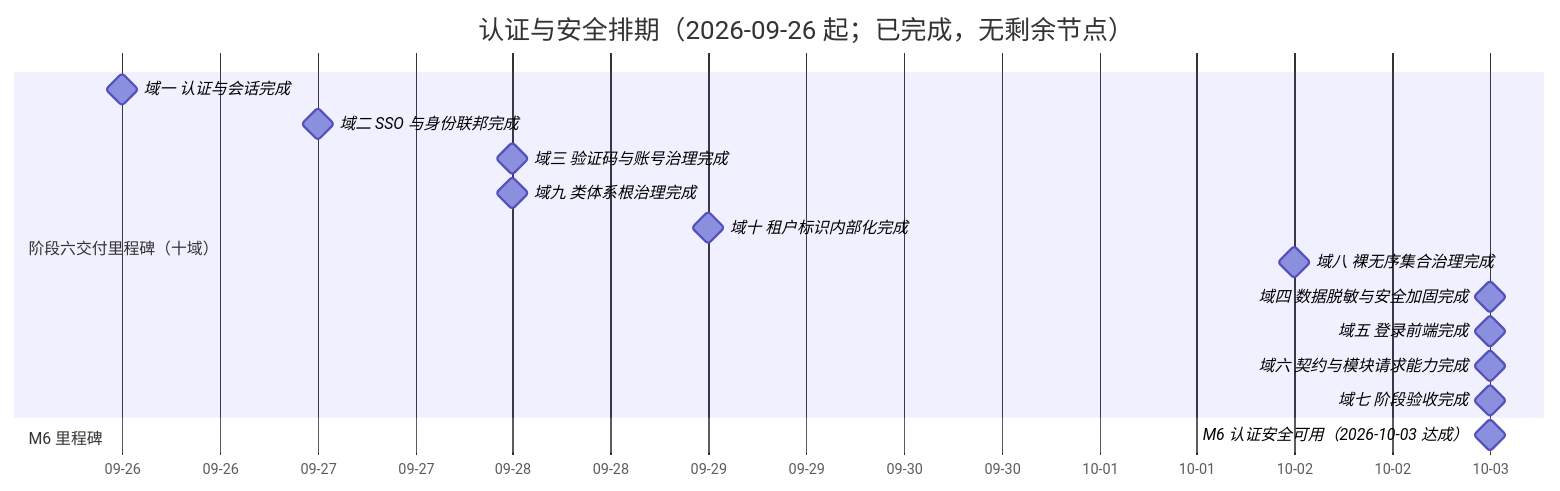
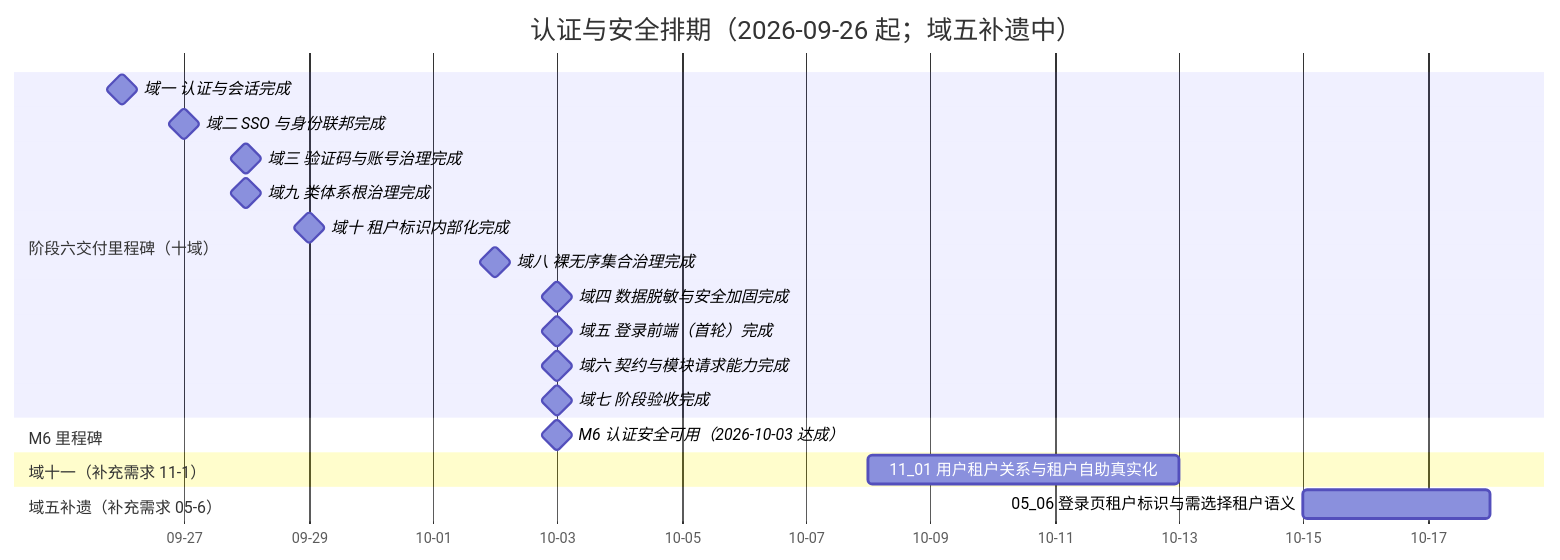
One commit to minjian123/basic-management-system changed the diagram in bms文档/项目/06_认证与安全/计划/01_计划_认证与安全.md. Above: the diagram before and after it, drawn with Mermaid. The commit also changed other lines of this file and 23 other files, not shown here.

````diff
--- a/bms文档/项目/06_认证与安全/计划/01_计划_认证与安全.md
+++ b/bms文档/项目/06_认证与安全/计划/01_计划_认证与安全.md
@@ -78,19 +82,23 @@
 ```mermaid
 gantt
-    title 认证与安全排期（2026-09-26 起；已完成，无剩余节点）
+    title 认证与安全排期（2026-09-26 起；域五补遗中）
     dateFormat  YYYY-MM-DD
     axisFormat %m-%d
     section 阶段六交付里程碑（十域）
     域一 认证与会话完成 :milestone, m01, 2026-09-26, 0d
     域二 SSO 与身份联邦完成 :milestone, m02, 2026-09-27, 0d
     域三 验证码与账号治理完成 :milestone, m03, 2026-09-28, 0d
     域九 类体系根治理完成 :milestone, m09, 2026-09-28, 0d
     域十 租户标识内部化完成 :milestone, m10, 2026-09-29, 0d
     域八 裸无序集合治理完成 :milestone, m08, 2026-10-02, 0d
     域四 数据脱敏与安全加固完成 :milestone, m04, 2026-10-03, 0d
-    域五 登录前端完成 :milestone, m05, 2026-10-03, 0d
+    域五 登录前端（首轮）完成 :milestone, m05, 2026-10-03, 0d
     域六 契约与模块请求能力完成 :milestone, m06, 2026-10-03, 0d
     域七 阶段验收完成 :milestone, m07, 2026-10-03, 0d
     section M6 里程碑
     M6 认证安全可用（2026-10-03 达成） :milestone, mm6, 2026-10-03, 0d
+    section 域十一（补充需求 11-1）
+    11_01 用户租户关系与租户自助真实化 :2026-10-08, 5d
+    section 域五补遗（补充需求 05-6）
+    05_06 登录页租户标识与需选择租户语义 :2026-10-15, 3d
 ```
````
